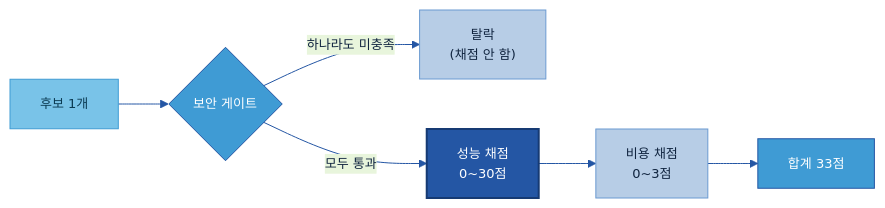
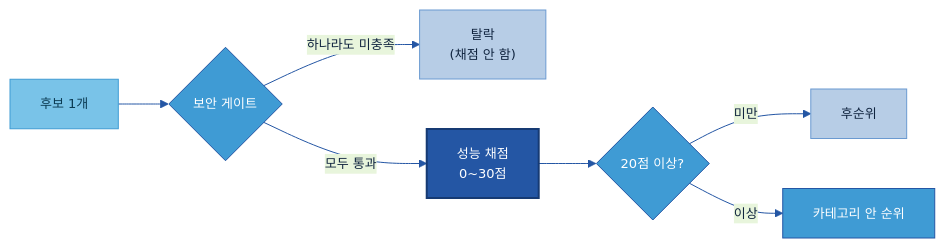
The third of 6 diagrams in Tech Player/04 Player 평가 실행안 (조사·보안·성능·비용·추천).md (jin-kearney/ai-ready-data-manual), drawn with Mermaid before and after one commit. The commit also changed other lines of this file and 3 other files, not shown here.

````diff
--- a/Tech Player/04 Player 평가 실행안 (조사·보안·성능·비용·추천).md
+++ b/Tech Player/04 Player 평가 실행안 (조사·보안·성능·비용·추천).md
@@ -131,13 +129,14 @@
 ```mermaid
 %%{init: {'theme':'base','themeVariables':{'primaryColor':'#DCE8F5','primaryBorderColor':'#2456A4','primaryTextColor':'#10243f','lineColor':'#2456A4','fontSize':'13px'}}}%%
 flowchart LR
     IN["후보 1개"]:::src --> SEC{"보안 게이트"}:::gate
     SEC -->|하나라도 미충족| X["탈락<br/>(채점 안 함)"]:::n
     SEC -->|모두 통과| P["성능 채점<br/>0~30점"]:::cat
-    P --> C["비용 채점<br/>0~3점"]:::n
-    C --> SUM["합계 33점"]:::gate
+    P --> CUT{"20점 이상?"}:::gate
+    CUT -->|미만| LOW["후순위"]:::n
+    CUT -->|이상| RANK["카테고리 안 순위"]:::gate
     classDef n fill:#B7CDE6,stroke:#6B9AD1,color:#10243f;
     classDef src fill:#79C3E8,stroke:#3F9BD4,color:#0b3a52;
     classDef cat fill:#2456A4,color:#fff,stroke:#163a73,stroke-width:2px;
     classDef gate fill:#3F9BD4,stroke:#2456A4,color:#fff;
 ```
````
